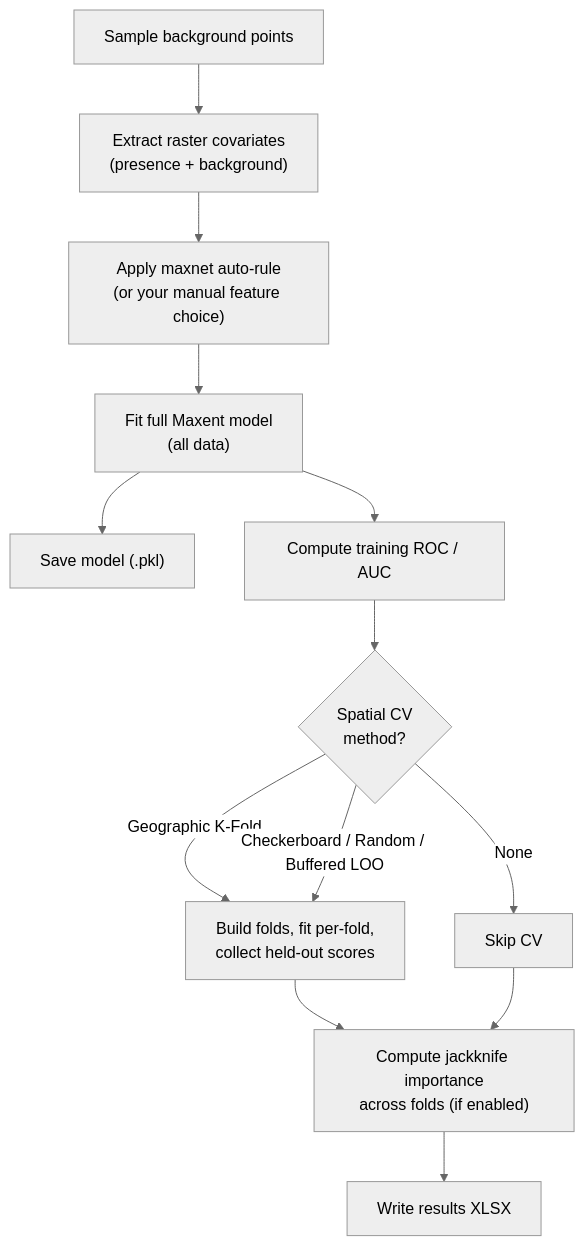
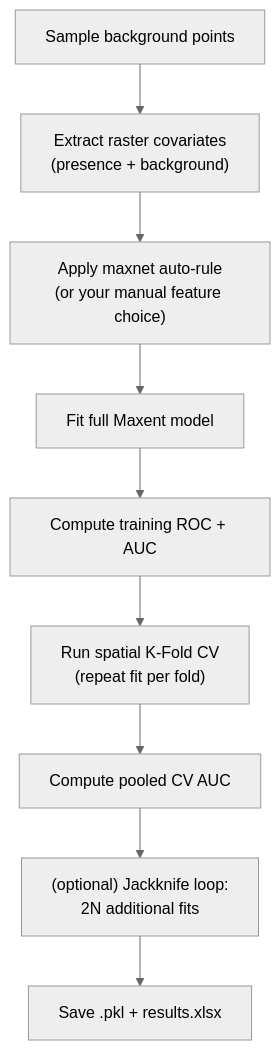
Before and after one commit to osgeokr/qmaxent: the diagram in manual/docs/training-tab.md, drawn with Mermaid (neutral theme). The commit also changed other lines of this file and 24 other files, not shown here.

````diff
--- a/manual/docs/training-tab.md
+++ b/manual/docs/training-tab.md
@@ -15,15 +15,11 @@
 ```mermaid
 flowchart TD
     A["Sample background points"] --> B["Extract raster covariates<br/>(presence + background)"]
     B --> C["Apply maxnet auto-rule<br/>(or your manual feature choice)"]
-    C --> D["Fit full Maxent model<br/>(all data)"]
-    D --> E["Save model (.pkl)"]
-    D --> F["Compute training ROC / AUC"]
-    F --> G{"Spatial CV<br/>method?"}
-    G -->|Geographic K-Fold| H["Build folds, fit per-fold,<br/>collect held-out scores"]
-    G -->|Checkerboard / Random / Buffered LOO| H
-    G -->|None| I[Skip CV]
-    H --> J["Compute jackknife importance<br/>across folds (if enabled)"]
-    I --> J
-    J --> K["Write results XLSX"]
+    C --> D["Fit full Maxent model"]
+    D --> E["Compute training ROC + AUC"]
+    E --> F["Run spatial K-Fold CV<br/>(repeat fit per fold)"]
+    F --> G["Compute pooled CV AUC"]
+    G --> H["(optional) Jackknife loop:<br/>2N additional fits"]
+    H --> I["Save .pkl + results.xlsx"]
 ```
````
